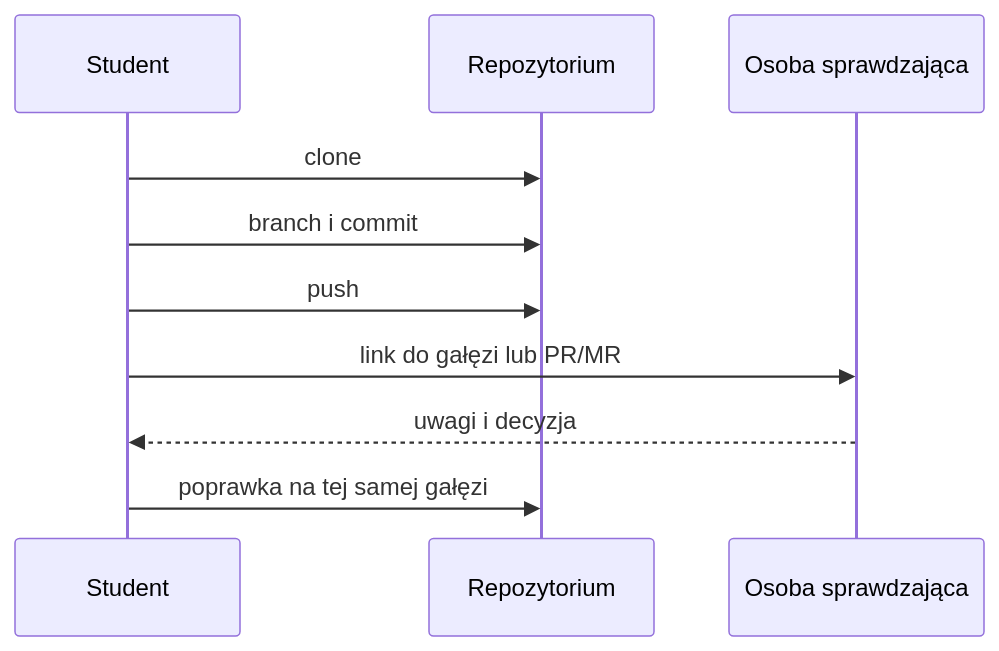
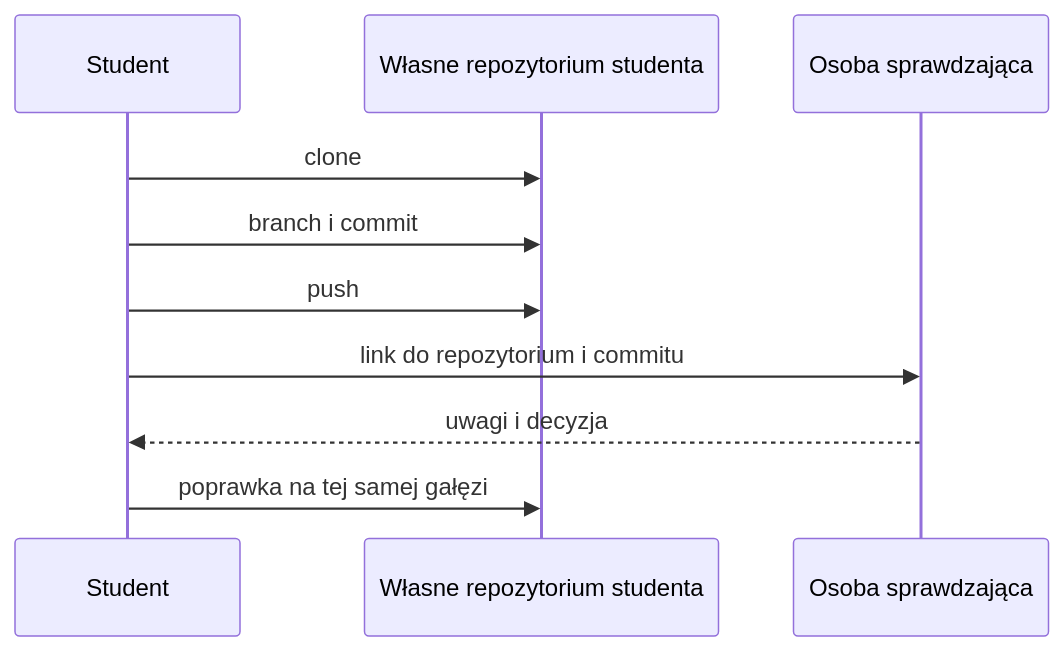
One commit to tborzyszkowski/warsztat-programisty-pjatk changed the diagram in src/01-organizacja/01-repozytorium-i-konta/README.md. Above: the diagram before and after it, drawn with Mermaid. The commit also changed other lines of this file and 3 other files, not shown here.

Commit message:
Update README and diagrams to clarify repository structure and submission guidelines

````diff
--- a/src/01-organizacja/01-repozytorium-i-konta/README.md
+++ b/src/01-organizacja/01-repozytorium-i-konta/README.md
@@ -109,12 +114,12 @@
 ```mermaid
 sequenceDiagram
     participant S as Student
-    participant R as Repozytorium
+    participant R as Własne repozytorium studenta
     participant P as Osoba sprawdzająca
     S->>R: clone
     S->>R: branch i commit
     S->>R: push
-    S->>P: link do gałęzi lub PR/MR
+    S->>P: link do repozytorium i commitu
     P-->>S: uwagi i decyzja
     S->>R: poprawka na tej samej gałęzi
 ```
````
